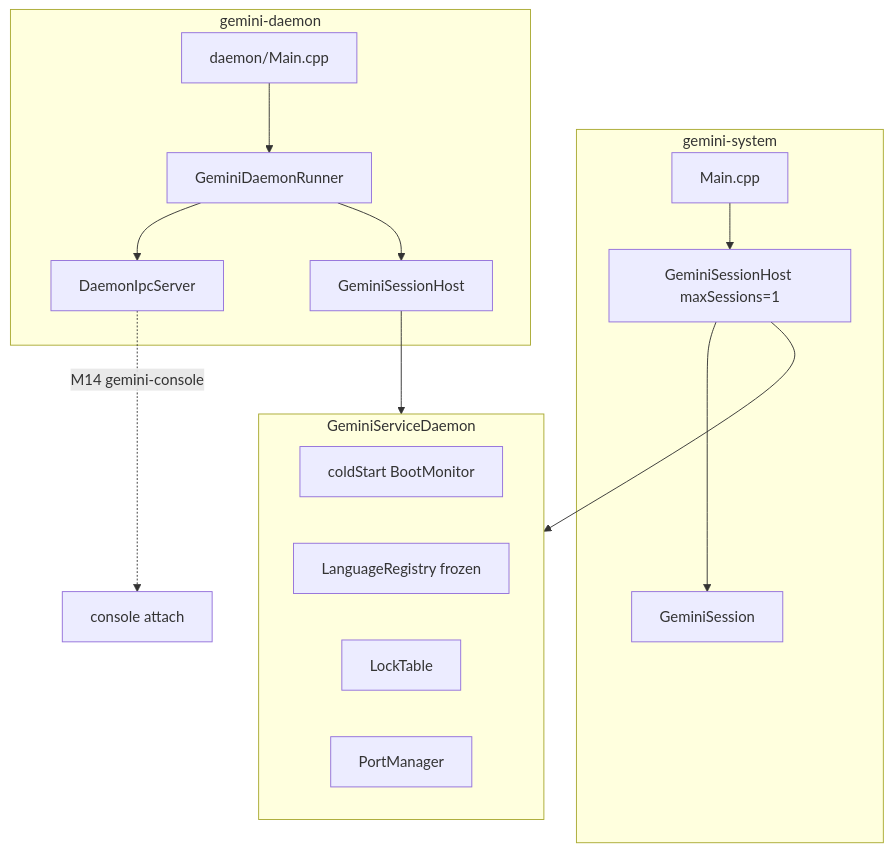
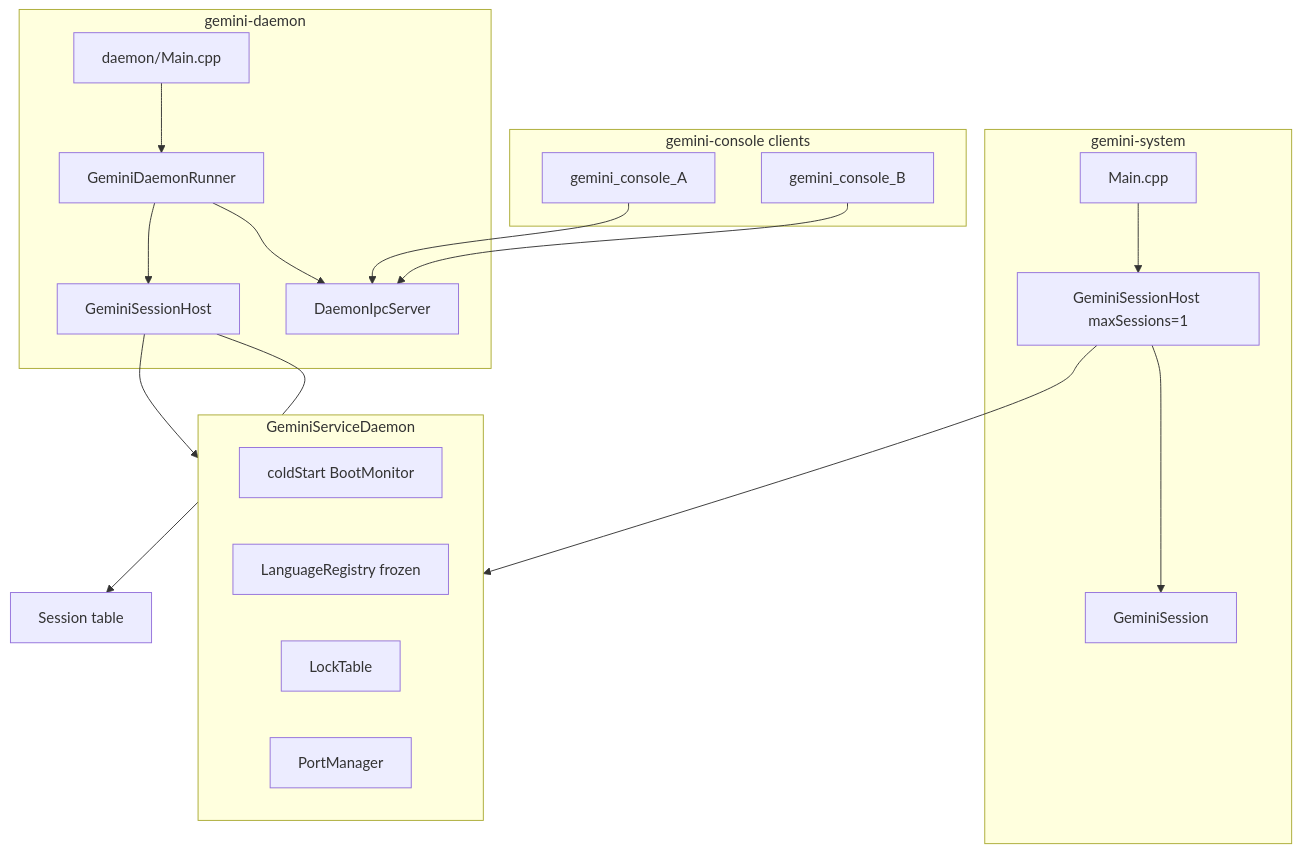
Before and after one commit to admcleod67/gemini-system: the diagram in docs/daemon.md, drawn with Mermaid. The commit also changed other lines of this file and 7 other files, not shown here.

Commit message:
Document gemini-console and multi-session support

````diff
--- a/docs/daemon.md
+++ b/docs/daemon.md
@@ -32,30 +33,37 @@
 ```mermaid
 flowchart TB
     subgraph embedded [gemini-system]
         Main[Main.cpp]
         Host1[GeminiSessionHost maxSessions=1]
         Session1[GeminiSession]
         Main --> Host1 --> Session1
+    end
+
+    subgraph clients [gemini-console clients]
+        ConsoleA[gemini_console_A]
+        ConsoleB[gemini_console_B]
     end
 
     subgraph daemonBin [gemini-daemon]
         DaemonMain[daemon/Main.cpp]
         Runner[GeminiDaemonRunner]
         Ipc[DaemonIpcServer]
         HostN[GeminiSessionHost]
         DaemonMain --> Runner
         Runner --> Ipc
         Runner --> HostN
     end
 
     subgraph process [GeminiServiceDaemon]
         Boot[coldStart BootMonitor]
         Reg[LanguageRegistry frozen]
         Locks[LockTable]
         Ports[PortManager]
     end
 
     Host1 --> process
     HostN --> process
-    Ipc -.->|"M14 gemini-console"| Future[console attach]
+    ConsoleA --> Ipc
+    ConsoleB --> Ipc
+    HostN --> SessionN[Session table]
 ```
````
